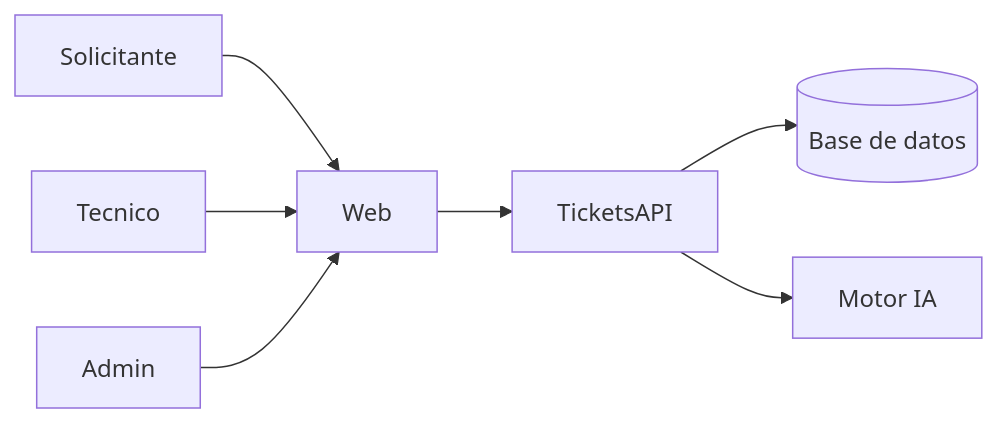
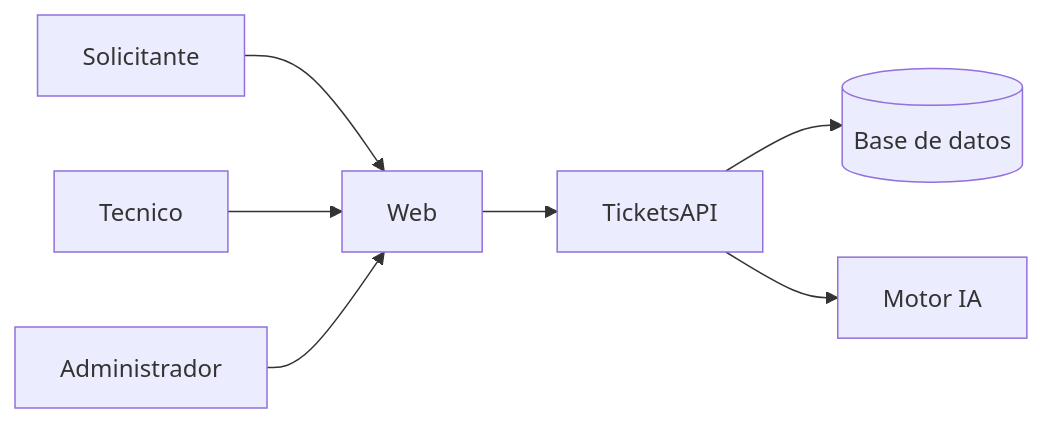
The first of 6 diagrams in documentacion-analisis.md (AlexDio123/incidenTI), drawn with Mermaid before and after one commit. The commit also changed other lines of this file, not shown here.

First line of the commit message:
Add UML-style use case diagrams to the analysis document.

````diff
--- a/documentacion-analisis.md
+++ b/documentacion-analisis.md
@@ -180,9 +180,9 @@
 ```mermaid
 flowchart LR
   Solicitante --> Web
   Tecnico --> Web
-  Admin --> Web
+  Admin[Administrador] --> Web
   Web --> API[TicketsAPI]
   API --> DB[(Base de datos)]
   API --> IA[Motor IA]
 ```
````
